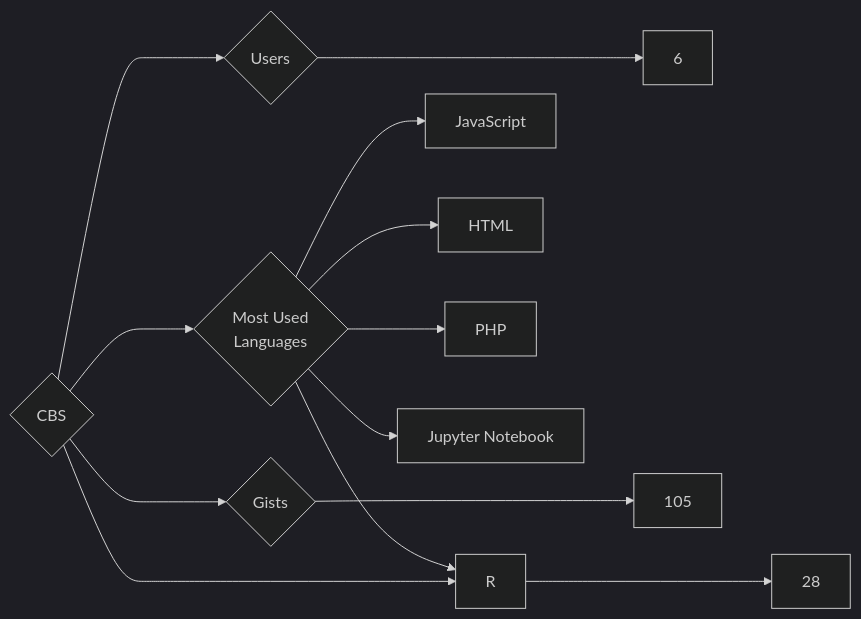
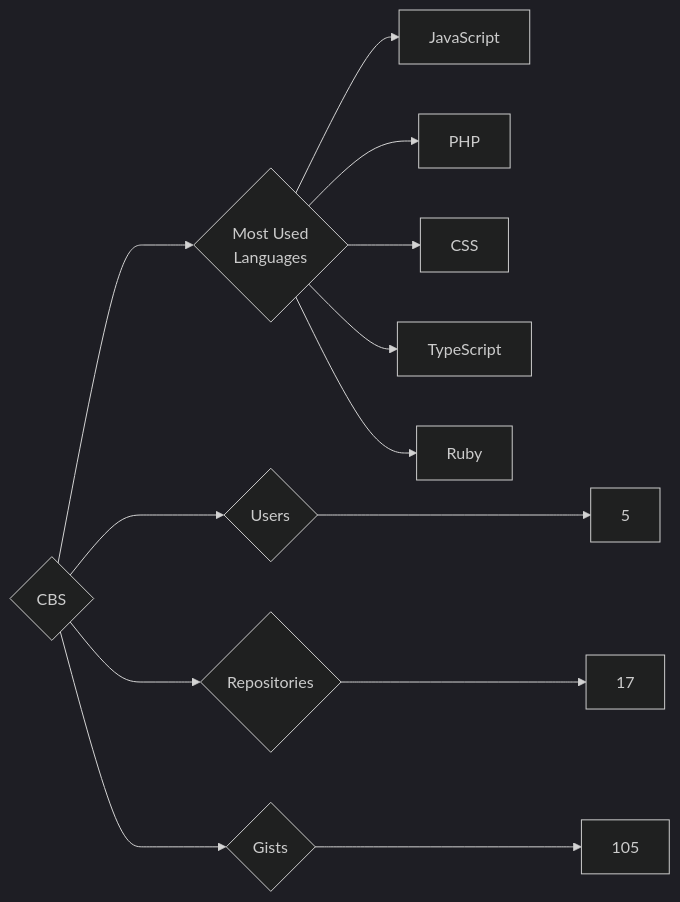
One commit to trickest/insiders changed the diagram in targets/CBS/README.md. Above: the diagram before and after it, drawn with Mermaid (dark theme). The commit also changed 1088 other files, not shown here.

````diff
--- a/targets/CBS/README.md
+++ b/targets/CBS/README.md
@@ -3,13 +3,13 @@
 ```mermaid
 graph LR
 COMPANY_NAME{CBS}
-COMPANY_NAME ---> U{Users} ---> UN[6]
-COMPANY_NAME ---> R{Repositories} ---> RN[28]
+COMPANY_NAME ---> U{Users} ---> UN[5]
+COMPANY_NAME ---> R{Repositories} ---> RN[17]
 COMPANY_NAME ---> G{Gists} ---> GN[105]
 COMPANY_NAME ---> ML{Most Used<br>Languages}
 ML --> JavaScript[JavaScript]
-ML --> HTML[HTML]
-ML --> R[R]
 ML --> PHP[PHP]
-ML --> Jupyter_Notebook[Jupyter Notebook]
+ML --> CSS[CSS]
+ML --> TypeScript[TypeScript]
+ML --> Ruby[Ruby]
 ```
````
